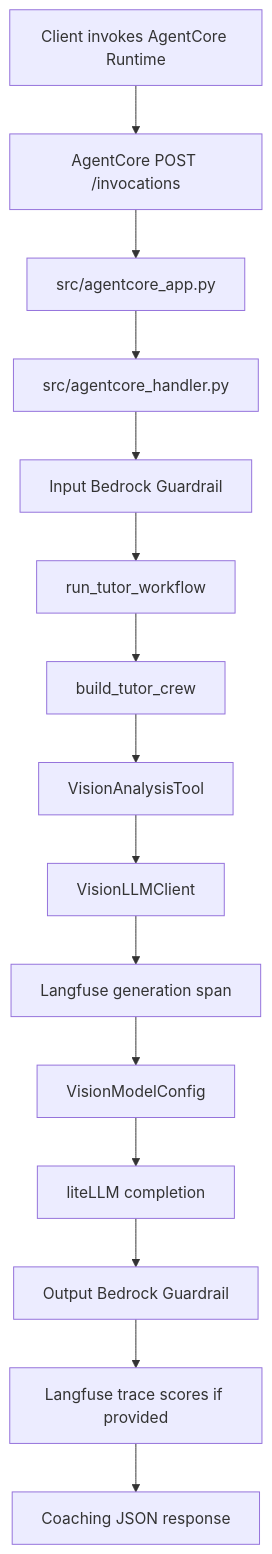
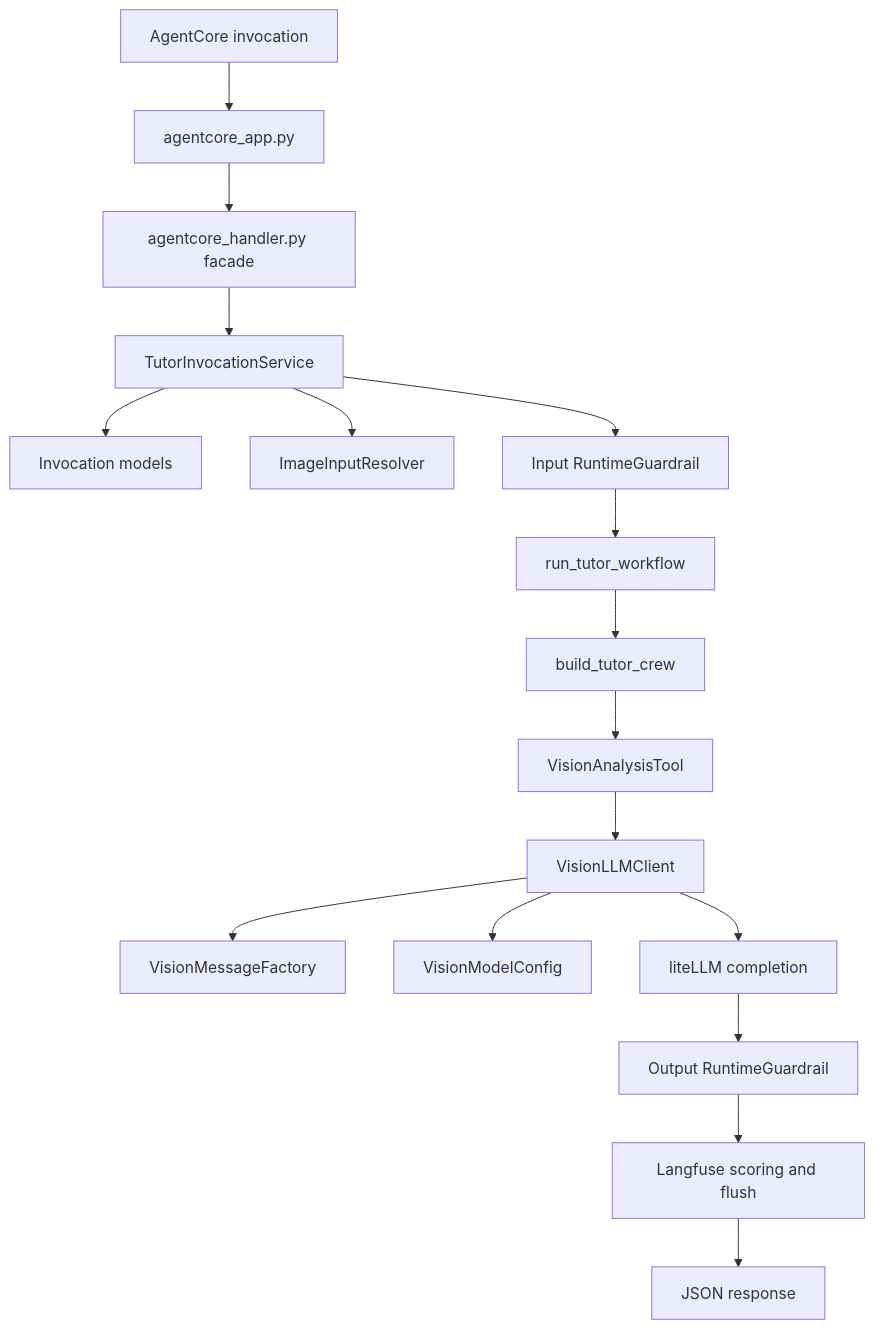
The diagram in TECHNICAL_DOCUMENT.md (maverickuser/my-jee-tutor-agent), drawn with Mermaid before and after one commit. The commit also changed other lines of this file and 8 other files, not shown here.

````diff
--- a/TECHNICAL_DOCUMENT.md
+++ b/TECHNICAL_DOCUMENT.md
@@ -21,17 +28,19 @@
 ```mermaid
 flowchart TD
-    A[Client invokes AgentCore Runtime] --> B[AgentCore POST /invocations]
-    B --> C[src/agentcore_app.py]
-    C --> D[src/agentcore_handler.py]
-    D --> E[Input Bedrock Guardrail]
-    E --> F[run_tutor_workflow]
-    F --> G[build_tutor_crew]
-    G --> H[VisionAnalysisTool]
-    H --> I[VisionLLMClient]
-    I --> J[Langfuse generation span]
-    J --> K[VisionModelConfig]
-    K --> L[liteLLM completion]
-    L --> M[Output Bedrock Guardrail]
-    M --> N[Langfuse trace scores if provided]
-    N --> O[Coaching JSON response]
+    A[AgentCore invocation] --> B[agentcore_app.py]
+    B --> C[agentcore_handler.py facade]
+    C --> D[TutorInvocationService]
+    D --> E[Invocation models]
+    D --> F[ImageInputResolver]
+    D --> G[Input RuntimeGuardrail]
+    G --> H[run_tutor_workflow]
+    H --> I[build_tutor_crew]
+    I --> J[VisionAnalysisTool]
+    J --> K[VisionLLMClient]
+    K --> L[VisionMessageFactory]
+    K --> M[VisionModelConfig]
+    K --> N[liteLLM completion]
+    N --> O[Output RuntimeGuardrail]
+    O --> P[Langfuse scoring and flush]
+    P --> Q[JSON response]
 ```
````
